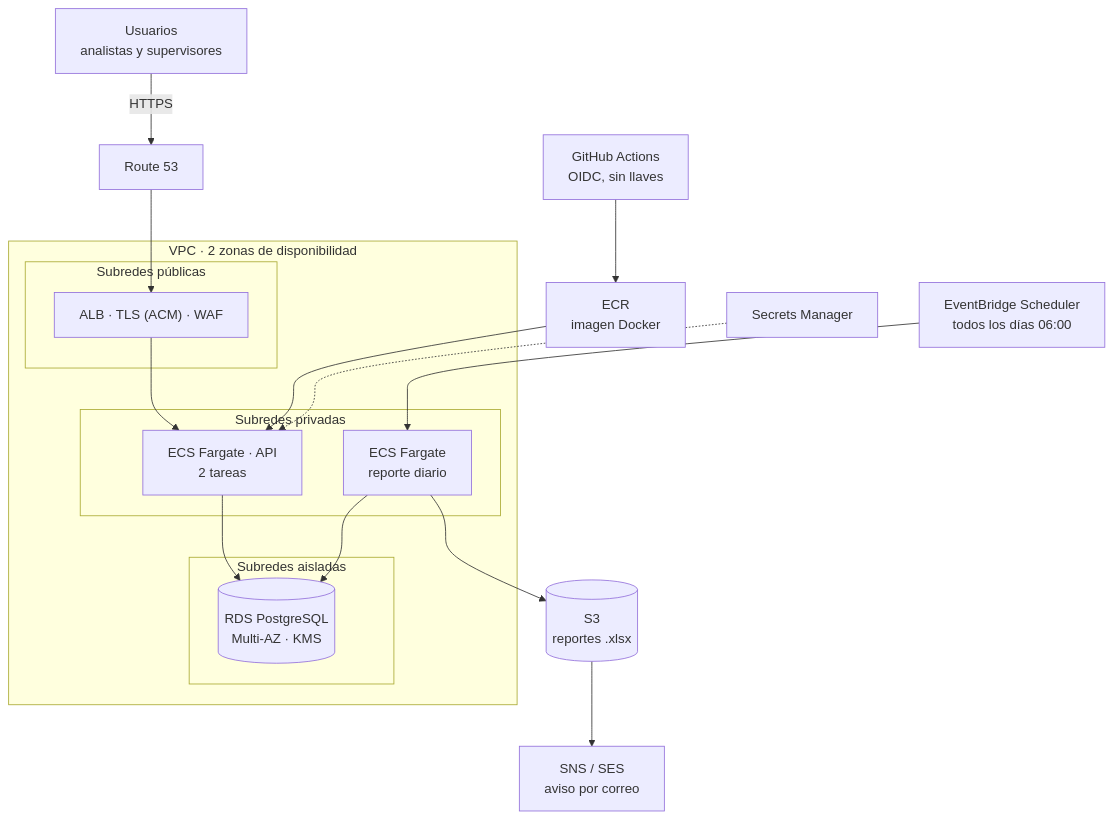
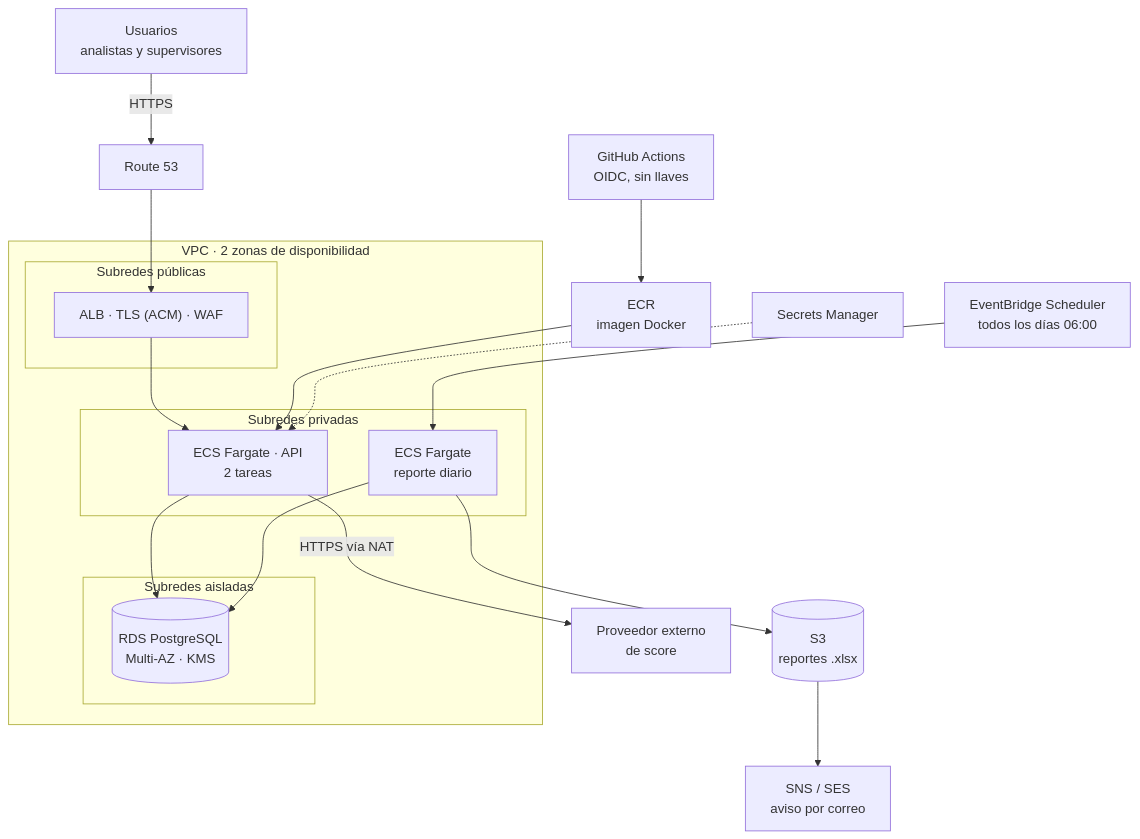
One commit to zikimoto-ds/calculadora-riesgo-demo changed the diagram in docs/AWS.md. Above: the diagram before and after it, drawn with Mermaid. The commit also changed other lines of this file and 16 other files, not shown here.

````diff
--- a/docs/AWS.md
+++ b/docs/AWS.md
@@ -9,28 +9,29 @@
 ```mermaid
 flowchart TB
   U["Usuarios<br/>analistas y supervisores"] -->|HTTPS| R53[Route 53]
   R53 --> ALB
   GH["GitHub Actions<br/>OIDC, sin llaves"] --> ECR["ECR<br/>imagen Docker"]
 
   subgraph VPC["VPC · 2 zonas de disponibilidad"]
     subgraph PUB["Subredes públicas"]
       ALB["ALB · TLS (ACM) · WAF"]
     end
     subgraph APP["Subredes privadas"]
       API["ECS Fargate · API<br/>2 tareas"]
       JOB["ECS Fargate<br/>reporte diario"]
     end
     subgraph DATOS["Subredes aisladas"]
       RDS[("RDS PostgreSQL<br/>Multi-AZ · KMS")]
     end
   end
 
   ALB --> API
   API --> RDS
   JOB --> RDS
   ECR --> API
   EB["EventBridge Scheduler<br/>todos los días 06:00"] --> JOB
   JOB --> S3[("S3<br/>reportes .xlsx")]
   S3 --> SNS["SNS / SES<br/>aviso por correo"]
   SM["Secrets Manager"] -.-> API
+  API -->|HTTPS vía NAT| EXT["Proveedor externo<br/>de score"]
 ```
````
